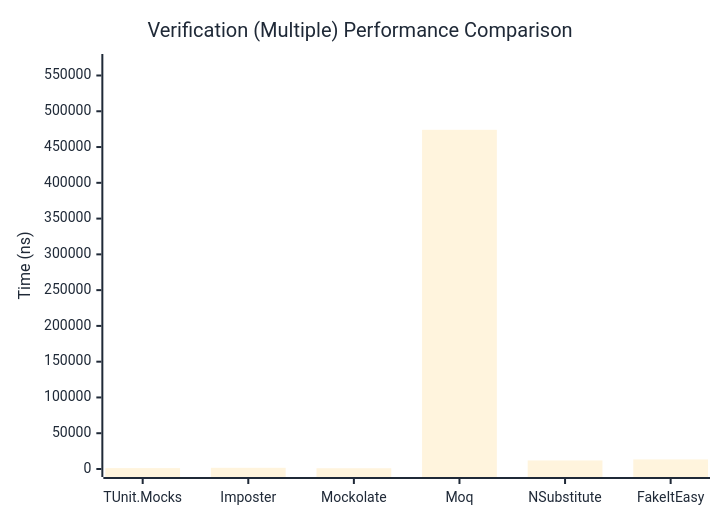
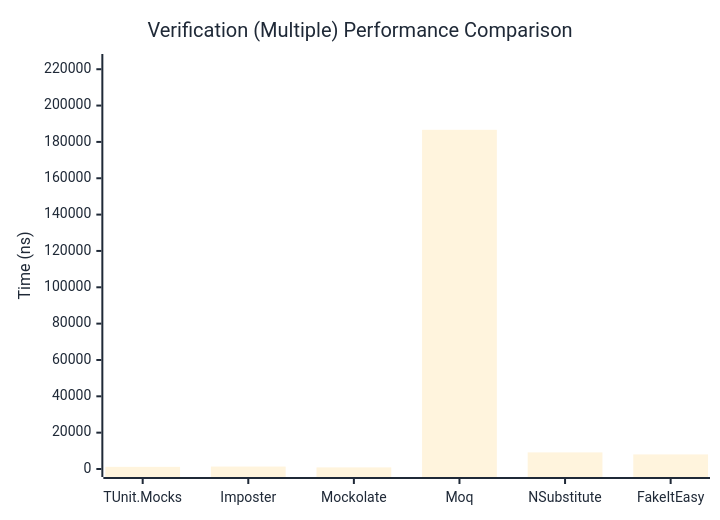
Before and after one commit to thomhurst/TUnit: the third of 3 diagrams in docs/docs/benchmarks/mocks/Verification.md, drawn with Mermaid. The commit also changed other lines of this file and 14 other files, not shown here.

````diff
--- a/docs/docs/benchmarks/mocks/Verification.md
+++ b/docs/docs/benchmarks/mocks/Verification.md
@@ -112,27 +112,27 @@
 ```mermaid
 %%{init: {
   'theme':'base',
   'themeVariables': {
     'primaryColor': '#2563eb',
     'primaryTextColor': '#1f2937',
     'primaryBorderColor': '#1e40af',
     'lineColor': '#6b7280',
     'secondaryColor': '#7c3aed',
     'tertiaryColor': '#dc2626',
     'background': '#ffffff',
     'pie1': '#2563eb',
     'pie2': '#7c3aed',
     'pie3': '#dc2626',
     'pie4': '#f59e0b',
     'pie5': '#10b981',
     'pie6': '#06b6d4',
     'pie7': '#ec4899',
     'pie8': '#6366f1'
   }
 }}%%
 xychart-beta
   title "Verification (Multiple) Performance Comparison"
   x-axis ["TUnit.Mocks", "Imposter", "Mockolate", "Moq", "NSubstitute", "FakeItEasy"]
-  y-axis "Time (ns)" 0 --> 568865
-  bar [1249.41, 1652.11, 1054.37, 474054.16, 11975.96, 13382.54]
+  y-axis "Time (ns)" 0 --> 223976
+  bar [1180.57, 1335.44, 882.56, 186646.44, 9139.52, 8031.93]
 ```
````
